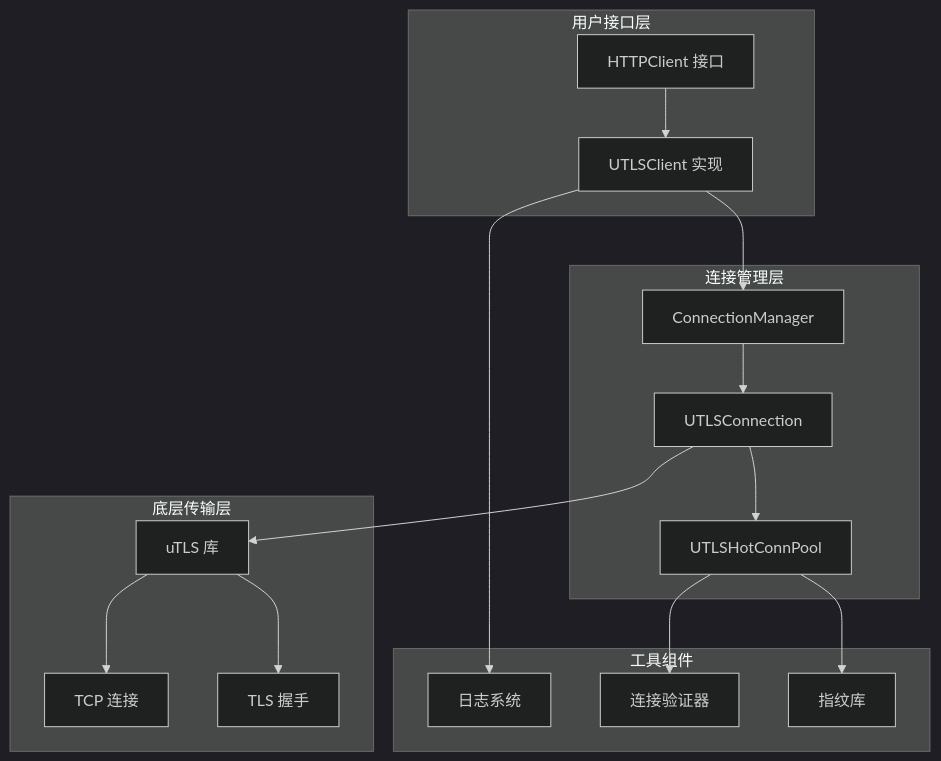
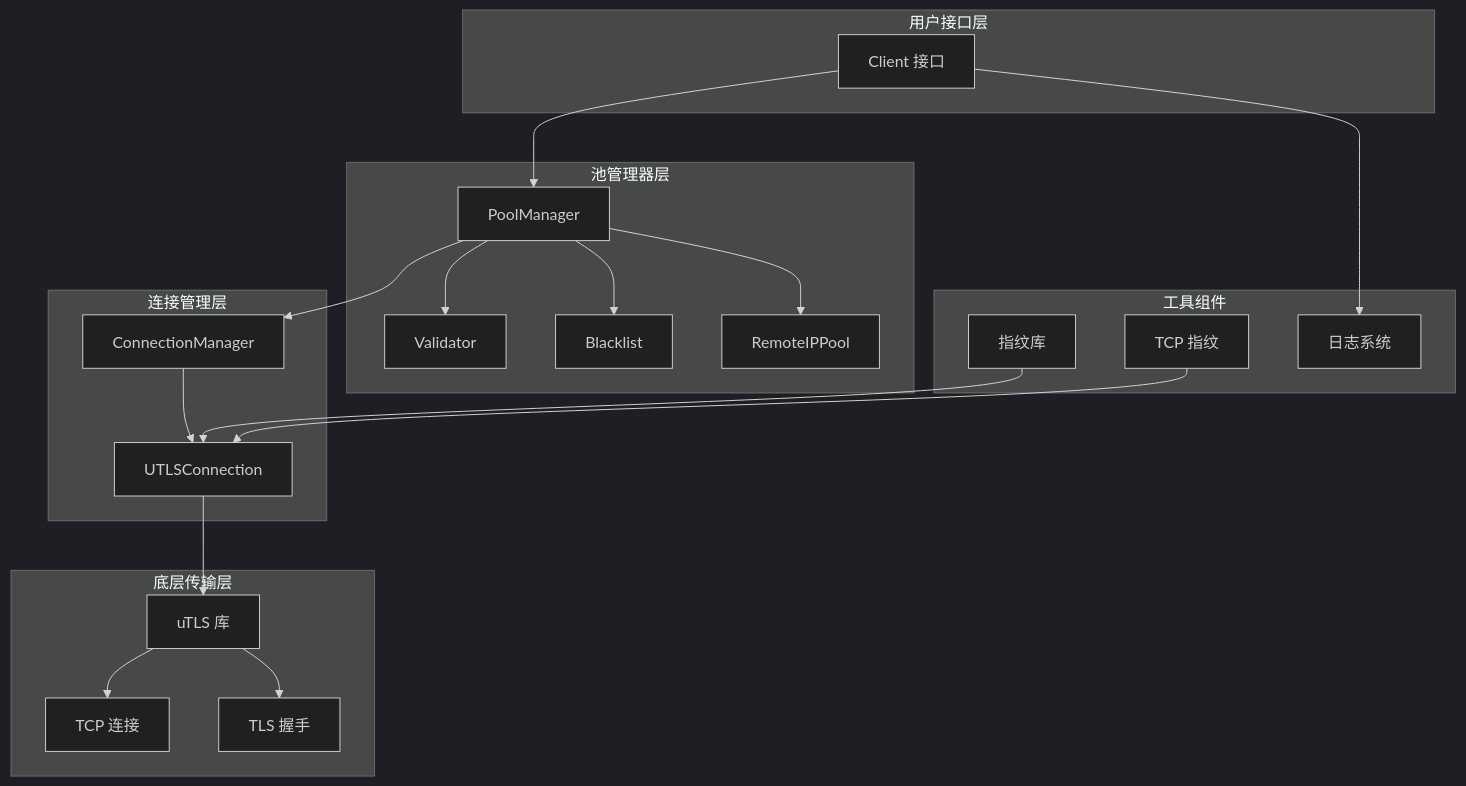
Before and after one commit to vistone/crawler-platform: the first of 9 diagrams in .qoder/repowiki/zh/content/API参考/UTLSClient API/UTLSClient API.md, drawn with Mermaid (dark theme). The commit also changed other lines of this file and 40 other files, not shown here.

````diff
--- a/.qoder/repowiki/zh/content/API参考/UTLSClient API/UTLSClient API.md
+++ b/.qoder/repowiki/zh/content/API参考/UTLSClient API/UTLSClient API.md
@@ -46,32 +46,38 @@
 ```mermaid
 graph TB
 subgraph "用户接口层"
-HTTPClient[HTTPClient 接口]
-UTLSClient[UTLSClient 实现]
+Client[Client 接口]
 end
 subgraph "连接管理层"
 ConnManager[ConnectionManager]
 UTLSConnection[UTLSConnection]
-HotConnPool[UTLSHotConnPool]
+end
+subgraph "池管理器层"
+PoolManager[PoolManager]
+Validator[Validator]
+Blacklist[Blacklist]
+RemoteIPPool[RemoteIPPool]
 end
 subgraph "底层传输层"
 uTLS[uTLS 库]
 TCP[TCP 连接]
 TLS[TLS 握手]
 end
 subgraph "工具组件"
+Fingerprint[指纹库]
+TCPFingerprint[TCP 指纹]
 Logger[日志系统]
-Validator[连接验证器]
-Fingerprint[指纹库]
 end
-HTTPClient --> UTLSClient
-UTLSClient --> ConnManager
+Client --> PoolManager
+PoolManager --> ConnManager
+PoolManager --> Validator
+PoolManager --> Blacklist
+PoolManager --> RemoteIPPool
 ConnManager --> UTLSConnection
-UTLSConnection --> HotConnPool
 UTLSConnection --> uTLS
 uTLS --> TCP
 uTLS --> TLS
-UTLSClient --> Logger
-HotConnPool --> Validator
-HotConnPool --> Fingerprint
+Client --> Logger
+Fingerprint --> UTLSConnection
+TCPFingerprint --> UTLSConnection
 ```
````
